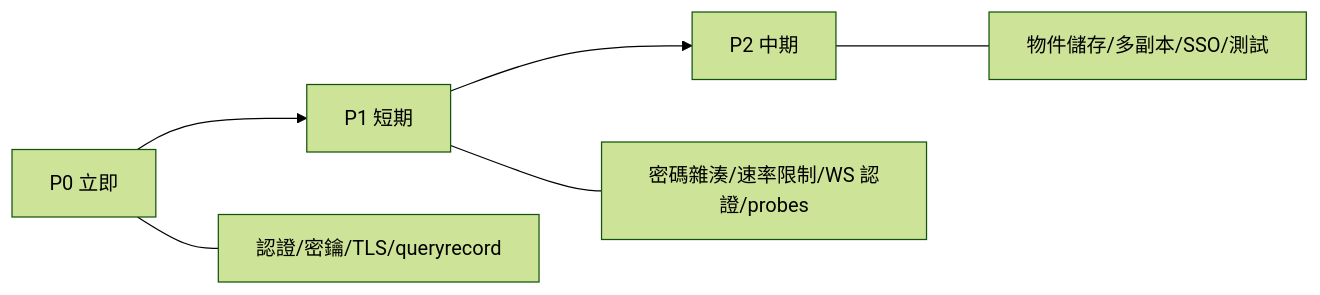
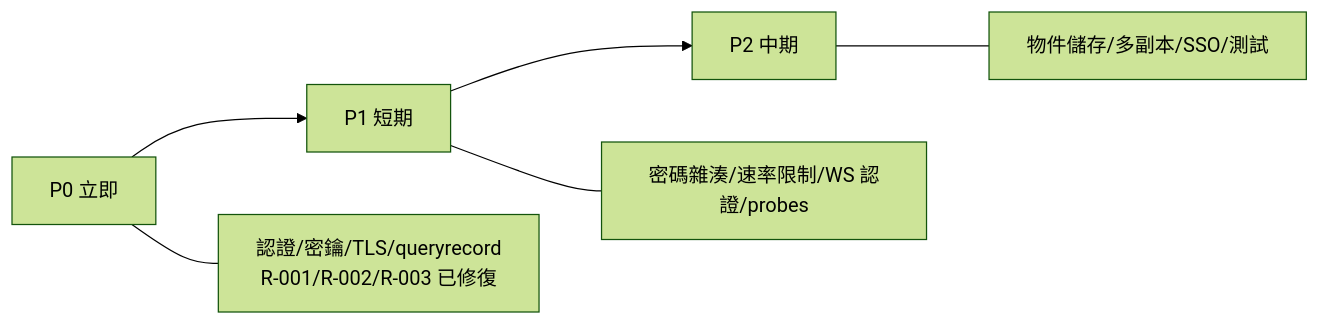
The diagram in SDS/11_Design_Decisions_and_Risks.md (PochengChen-del/EdgeViewDoc), drawn with Mermaid (forest theme) before and after one commit. The commit also changed other lines of this file and 11 other files, not shown here.

Commit message:
fix(security): remediate R-001/R-002/R-003 session secret, TLS bypass and queryrecord

````diff
--- a/SDS/11_Design_Decisions_and_Risks.md
+++ b/SDS/11_Design_Decisions_and_Risks.md
@@ -366,8 +369,8 @@
 ```mermaid
 flowchart LR
     P0[P0 立即] --> P1[P1 短期]
     P1 --> P2[P2 中期]
-    P0 --- A[認證/密鑰/TLS/queryrecord]
+    P0 --- A[認證/密鑰/TLS/queryrecord<br/>R-001/R-002/R-003 已修復]
     P1 --- B[密碼雜湊/速率限制/WS 認證/probes]
     P2 --- C[物件儲存/多副本/SSO/測試]
 ```
````
